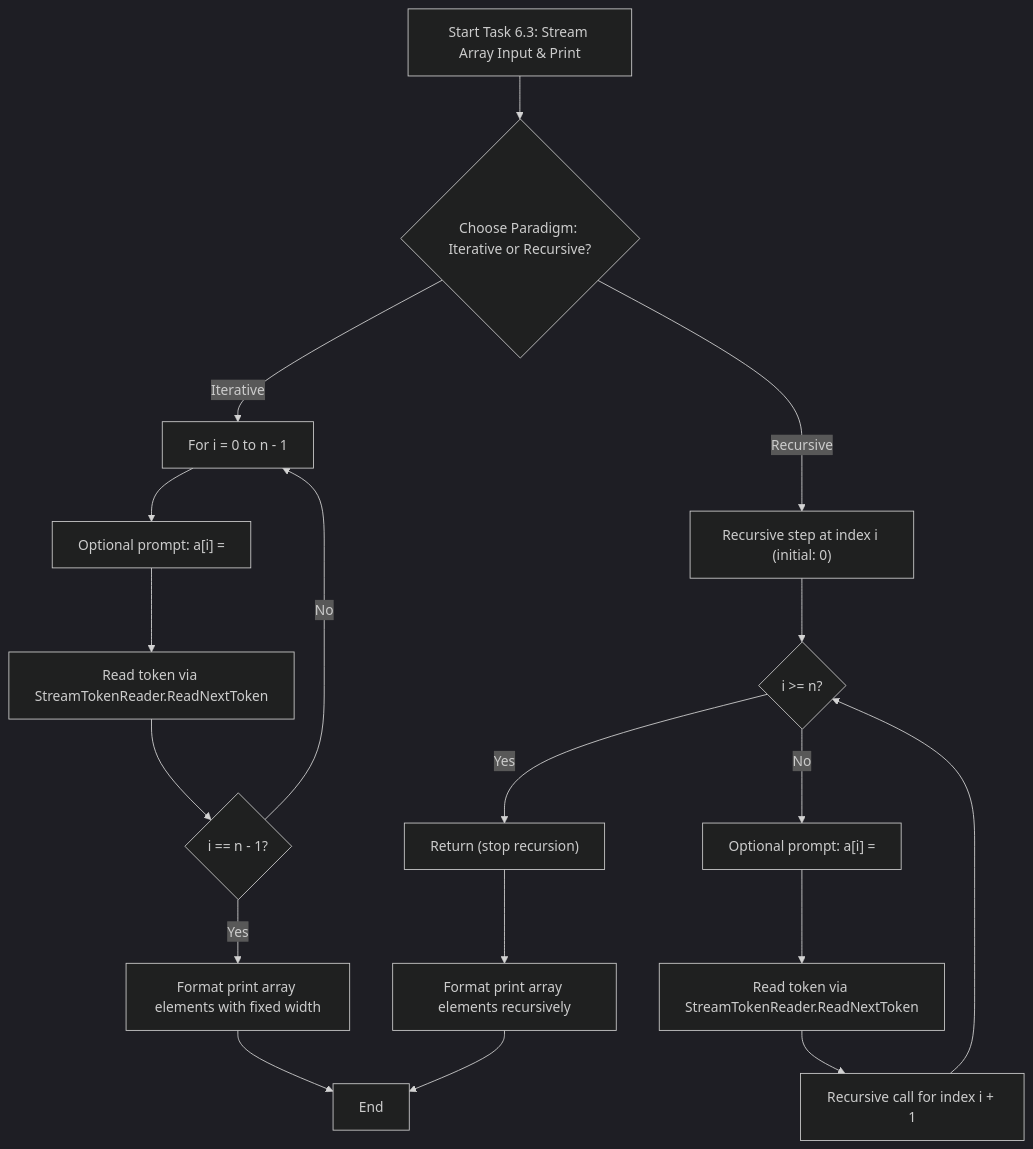
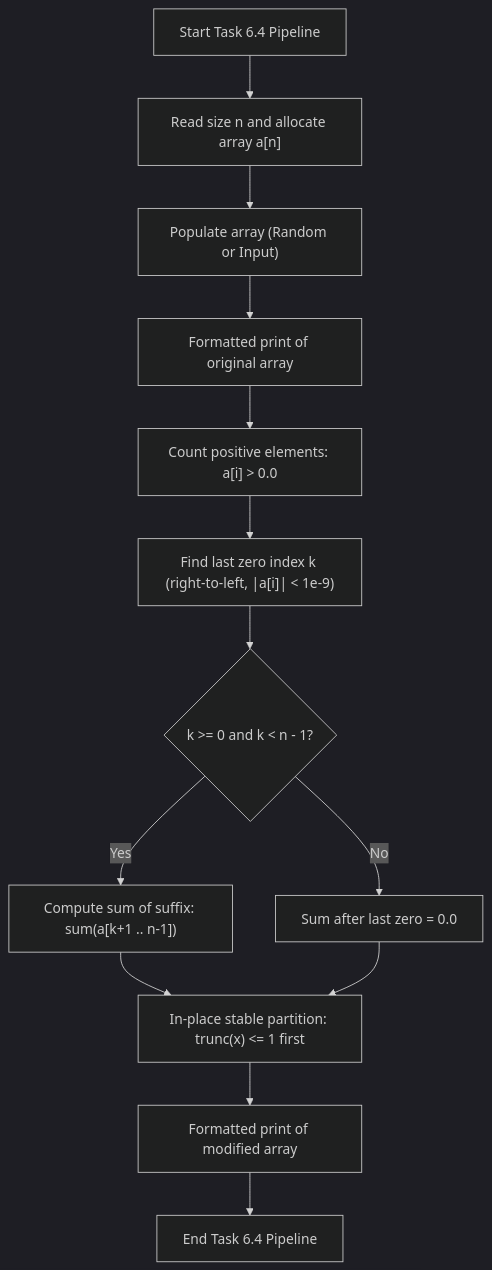
One commit to lviv-polytech/alg-cs-labs changed the first of 3 diagrams in Lb6/README.md. Above: the diagram before and after it, drawn with Mermaid (dark theme). The commit also changed other lines of this file and 4 other files, not shown here.

Commit message:
feat(lab-06): implement task 6.4 dynamic array analysis and stable partition

````diff
--- a/Lb6/README.md
+++ b/Lb6/README.md
@@ -52,23 +63,15 @@
 ```mermaid
 flowchart TD
-    Start["Start Task 6.3: Stream Array Input & Print"] --> ChooseMode{"Choose Paradigm: Iterative or Recursive?"}
-    
-    ChooseMode -- "Iterative" --> ItLoop["For i = 0 to n - 1"]
-    ItLoop --> ItPrompt["Optional prompt: a[i] = "]
-    ItPrompt --> ItRead["Read token via StreamTokenReader.ReadNextToken"]
-    ItRead --> ItCheck{"i == n - 1?"}
-    ItCheck -- "No" --> ItLoop
-    ItCheck -- "Yes" --> ItPrint["Format print array elements with fixed width"]
-    
-    ChooseMode -- "Recursive" --> RecCall["Recursive step at index i (initial: 0)"]
-    RecCall --> BaseCase{"i >= n?"}
-    BaseCase -- "Yes" --> Terminate["Return (stop recursion)"]
-    BaseCase -- "No" --> RecPrompt["Optional prompt: a[i] = "]
-    RecPrompt --> RecRead["Read token via StreamTokenReader.ReadNextToken"]
-    RecRead --> RecNext["Recursive call for index i + 1"]
-    RecNext --> BaseCase
-    
-    ItPrint --> Finish["End"]
-    Terminate --> RecPrint["Format print array elements recursively"]
-    RecPrint --> Finish
+    Start["Start Task 6.4 Pipeline"] --> ReadN["Read size n and allocate array a[n]"]
+    ReadN --> InitArray["Populate array (Random or Input)"]
+    InitArray --> PrintInit["Formatted print of original array"]
+    PrintInit --> CountPos["Count positive elements: a[i] > 0.0"]
+    CountPos --> FindZero["Find last zero index k (right-to-left, |a[i]| < 1e-9)"]
+    FindZero --> CheckZero{"k >= 0 and k < n - 1?"}
+    CheckZero -- "Yes" --> SumSuffix["Compute sum of suffix: sum(a[k+1 .. n-1])"]
+    CheckZero -- "No" --> ZeroSum["Sum after last zero = 0.0"]
+    SumSuffix --> Partition["In-place stable partition: trunc(x) <= 1 first"]
+    ZeroSum --> Partition
+    Partition --> PrintMod["Formatted print of modified array"]
+    PrintMod --> Finish["End Task 6.4 Pipeline"]
 ```
````
